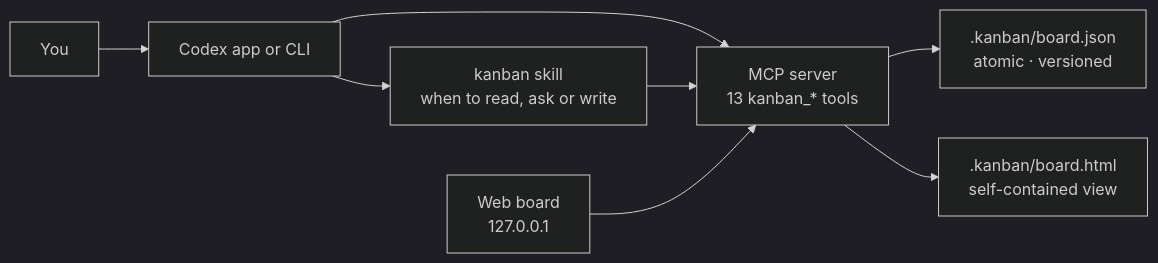
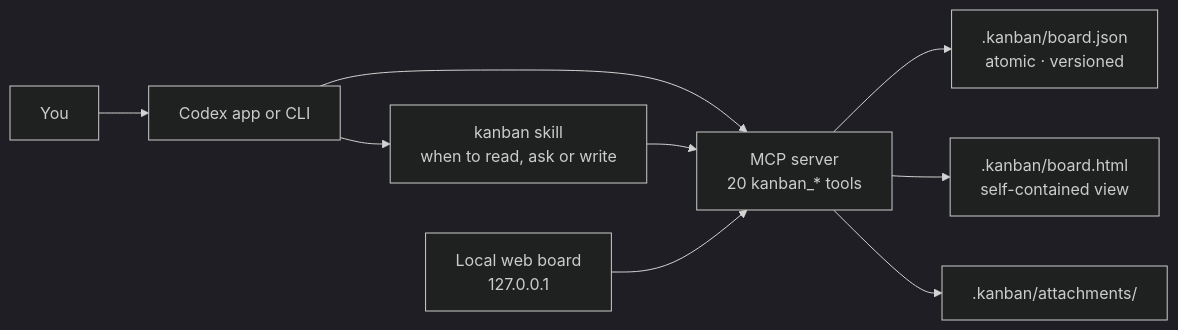
One commit to SilasSolivagus/codex-kanban changed the diagram in README.md. Above: the diagram before and after it, drawn with Mermaid (dark theme). The commit also changed other lines of this file and 2 other files, not shown here.

````diff
--- a/README.md
+++ b/README.md
@@ -163,10 +168,11 @@
 ```mermaid
 flowchart LR
   U[You] --> A[Codex app or CLI]
   A --> S[kanban skill<br/>when to read, ask or write]
-  A --> M[MCP server<br/>13 kanban_* tools]
+  A --> M[MCP server<br/>20 kanban_* tools]
   S --> M
-  W[Web board<br/>127.0.0.1] --> M
+  W[Local web board<br/>127.0.0.1] --> M
   M --> B[".kanban/board.json<br/>atomic · versioned"]
   M --> H[".kanban/board.html<br/>self-contained view"]
+  M --> F[".kanban/attachments/"]
 ```
````
